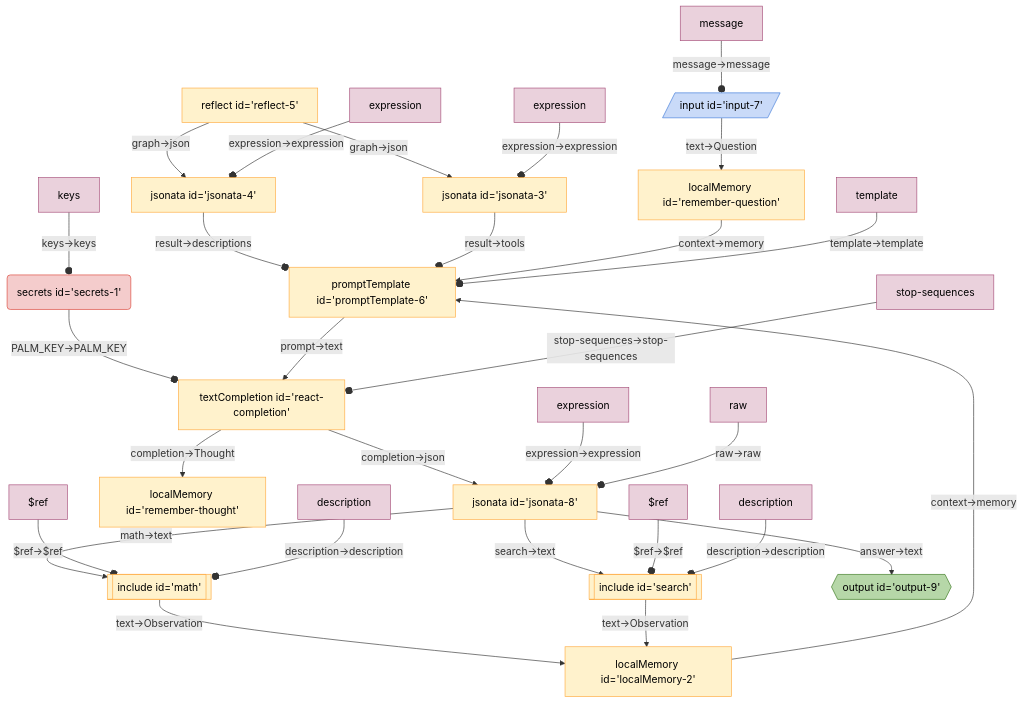
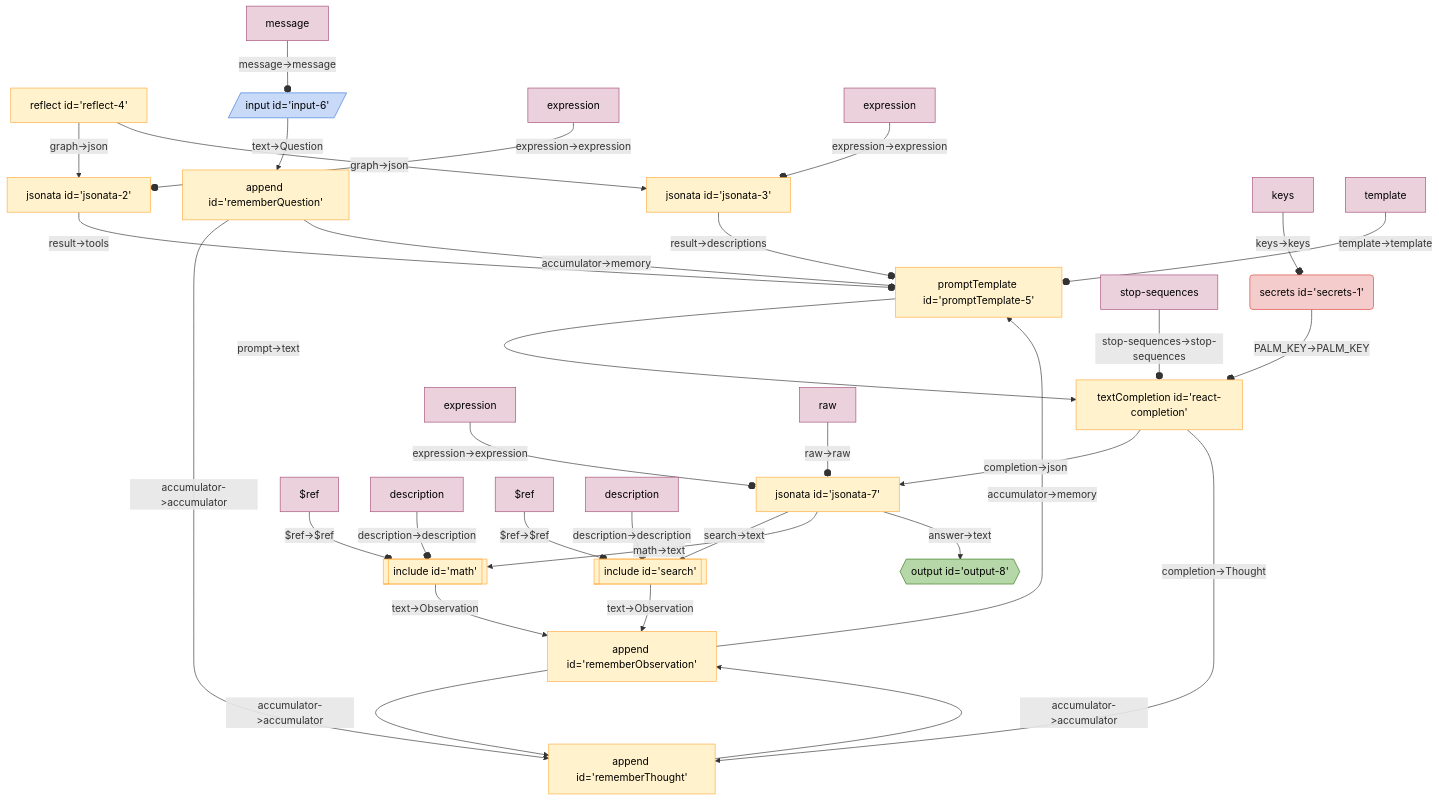
One commit to breadboard-ai/breadboard changed the diagram in seeds/graph-playground/docs/graphs/react-with-jsonata.md. Above: the diagram before and after it, drawn with Mermaid. The commit also changed 16 other files, not shown here.

First line of the commit message:
[llm-starter][graph-playground] Factor out `localMemory`.

````diff
--- a/seeds/graph-playground/docs/graphs/react-with-jsonata.md
+++ b/seeds/graph-playground/docs/graphs/react-with-jsonata.md
@@ -5,40 +5,43 @@
   ```mermaid
   %%{init: 'themeVariables': { 'fontFamily': 'Fira Code, monospace' }}%%
 graph TD;
-reflect5["reflect id='reflect-5'"] -- "graph->json" --> jsonata3["jsonata id='jsonata-3'"]
-reflect5["reflect id='reflect-5'"] -- "graph->json" --> jsonata4["jsonata id='jsonata-4'"]
-jsonata4["jsonata id='jsonata-4'"] -- "result->descriptions" --o promptTemplate6["promptTemplate id='promptTemplate-6'"]
-jsonata3["jsonata id='jsonata-3'"] -- "result->tools" --o promptTemplate6["promptTemplate id='promptTemplate-6'"]
-localMemory2["localMemory id='localMemory-2'"] -- "context->memory" --> promptTemplate6["promptTemplate id='promptTemplate-6'"]
+reflect4["reflect id='reflect-4'"] -- "graph->json" --> jsonata2["jsonata id='jsonata-2'"]
+reflect4["reflect id='reflect-4'"] -- "graph->json" --> jsonata3["jsonata id='jsonata-3'"]
+jsonata3["jsonata id='jsonata-3'"] -- "result->descriptions" --o promptTemplate5["promptTemplate id='promptTemplate-5'"]
+jsonata2["jsonata id='jsonata-2'"] -- "result->tools" --o promptTemplate5["promptTemplate id='promptTemplate-5'"]
+rememberObservation["append id='rememberObservation'"] -- "accumulator->memory" --> promptTemplate5["promptTemplate id='promptTemplate-5'"]
+rememberThought["append id='rememberThought'"] -- "accumulator->accumulator" --> rememberObservation["append id='rememberObservation'"]
+rememberObservation["append id='rememberObservation'"] -- "accumulator->accumulator" --> rememberThought["append id='rememberThought'"]
+rememberQuestion["append id='rememberQuestion'"] -- "accumulator->accumulator" --> rememberThought["append id='rememberThought'"]
+rememberQuestion["append id='rememberQuestion'"] -- "accumulator->memory" --> promptTemplate5["promptTemplate id='promptTemplate-5'"]
+input6[/"input id='input-6'"/]:::input -- "text->Question" --> rememberQuestion["append id='rememberQuestion'"]
 secrets1("secrets id='secrets-1'"):::secrets -- "PALM_KEY->PALM_KEY" --o reactcompletion["textCompletion id='react-completion'"]
-math[["include id='math'"]]:::include -- "text->Observation" --> localMemory2["localMemory id='localMemory-2'"]
-search[["include id='search'"]]:::include -- "text->Observation" --> localMemory2["localMemory id='localMemory-2'"]
-jsonata8["jsonata id='jsonata-8'"] -- "search->text" --> search[["include id='search'"]]:::include
-jsonata8["jsonata id='jsonata-8'"] -- "math->text" --> math[["include id='math'"]]:::include
-jsonata8["jsonata id='jsonata-8'"] -- "answer->text" --> output9{{"output id='output-9'"}}:::output
-reactcompletion["textCompletion id='react-completion'"] -- "completion->json" --> jsonata8["jsonata id='jsonata-8'"]
-reactcompletion["textCompletion id='react-completion'"] -- "completion->Thought" --> rememberthought["localMemory id='remember-thought'"]
-promptTemplate6["promptTemplate id='promptTemplate-6'"] -- "prompt->text" --> reactcompletion["textCompletion id='react-completion'"]
-rememberquestion["localMemory id='remember-question'"] -- "context->memory" --> promptTemplate6["promptTemplate id='promptTemplate-6'"]
-input7[/"input id='input-7'"/]:::input -- "text->Question" --> rememberquestion["localMemory id='remember-question'"]
+math[["include id='math'"]]:::include -- "text->Observation" --> rememberObservation["append id='rememberObservation'"]
+search[["include id='search'"]]:::include -- "text->Observation" --> rememberObservation["append id='rememberObservation'"]
+jsonata7["jsonata id='jsonata-7'"] -- "search->text" --> search[["include id='search'"]]:::include
+jsonata7["jsonata id='jsonata-7'"] -- "math->text" --> math[["include id='math'"]]:::include
+jsonata7["jsonata id='jsonata-7'"] -- "answer->text" --> output8{{"output id='output-8'"}}:::output
+reactcompletion["textCompletion id='react-completion'"] -- "completion->json" --> jsonata7["jsonata id='jsonata-7'"]
+reactcompletion["textCompletion id='react-completion'"] -- "completion->Thought" --> rememberThought["append id='rememberThought'"]
+promptTemplate5["promptTemplate id='promptTemplate-5'"] -- "prompt->text" --> reactcompletion["textCompletion id='react-completion'"]
 keyssecrets1[keys]:::config -- "keys->keys" --o secrets1
+expressionjsonata2[expression]:::config -- "expression->expression" --o jsonata2
 expressionjsonata3[expression]:::config -- "expression->expression" --o jsonata3
-expressionjsonata4[expression]:::config -- "expression->expression" --o jsonata4
-templatepromptTemplate6[template]:::config -- "template->template" --o promptTemplate6
+templatepromptTemplate5[template]:::config -- "template->template" --o promptTemplate5
+messageinput6[message]:::config -- "message->message" --o input6
 stopsequencesreactcompletion[stop-sequences]:::config -- "stop-sequences->stop-sequences" --o reactcompletion
 $refmath[$ref]:::config -- "$ref->$ref" --o math
 descriptionmath[description]:::config -- "description->description" --o math
 $refsearch[$ref]:::config -- "$ref->$ref" --o search
 descriptionsearch[description]:::config -- "description->description" --o search
-messageinput7[message]:::config -- "message->message" --o input7
-expressionjsonata8[expression]:::config -- "expression->expression" --o jsonata8
-rawjsonata8[raw]:::config -- "raw->raw" --o jsonata8
+expressionjsonata7[expression]:::config -- "expression->expression" --o jsonata7
+rawjsonata7[raw]:::config -- "raw->raw" --o jsonata7
 classDef default stroke:#ffab40,fill:#fff2ccff,color:#000
 classDef input stroke:#3c78d8,fill:#c9daf8ff,color:#000
 classDef output stroke:#38761d,fill:#b6d7a8ff,color:#000
 classDef passthrough stroke:#a64d79,fill:#ead1dcff,color:#000
 classDef slot stroke:#a64d79,fill:#ead1dcff,color:#000
 classDef config stroke:#a64d79,fill:#ead1dcff,color:#000
 classDef secrets stroke:#db4437,fill:#f4cccc,color:#000
 classDef slotted stroke:#a64d79
   ```
````
